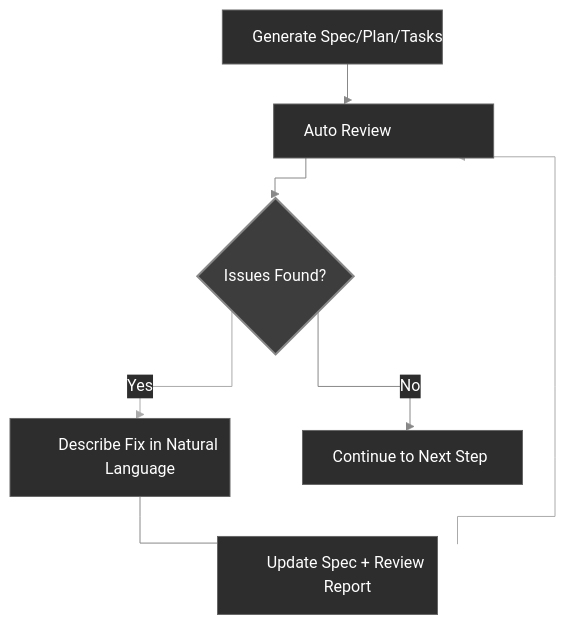
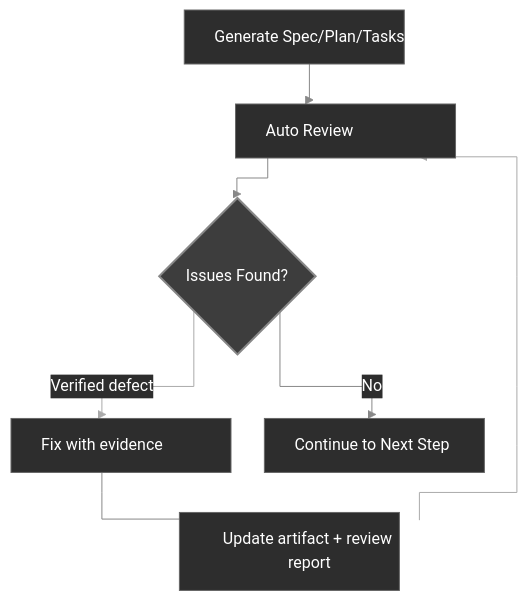
One commit to Zts0hg/codexspec changed the diagram in README.md. Above: the diagram before and after it, drawn with Mermaid. The commit also changed other lines of this file and 66 other files, not shown here.

````diff
--- a/README.md
+++ b/README.md
@@ -341,31 +339,31 @@
 ```mermaid
 %%{init: {
   'theme': 'base',
   'themeVariables': {
     'lineColor': '#888888',
     'primaryColor': '#2d2d2d',
     'primaryTextColor': '#ffffff',
     'primaryBorderColor': '#666666'
   },
   'flowchart': {
     'curve': 'stepBefore',
     'nodeSpacing': 50,
     'rankSpacing': 40
   }
 }}%%
 flowchart TB
     classDef rectStyle fill:#2d2d2d,stroke:#666,stroke-width:1px,color:#fff,width:220px;
     classDef diamondStyle fill:#3d3d3d,stroke:#888,stroke-width:2px,color:#fff;
 
     A["Generate Spec/Plan/Tasks"]:::rectStyle --> B["Auto Review"]:::rectStyle
     B --> C{"Issues Found?"}:::diamondStyle
 
-    C -->|Yes| D["Describe Fix in Natural Language"]:::rectStyle
-    D --> E["Update Spec + Review Report"]:::rectStyle
+    C -->|Verified defect| D["Fix with evidence"]:::rectStyle
+    D --> E["Update artifact + review report"]:::rectStyle
 
     E --> B
 
     C -->|No| F["Continue to Next Step"]:::rectStyle
 
     linkStyle 2,4 stroke:#aaa,stroke-width:1px;
 ```
````
